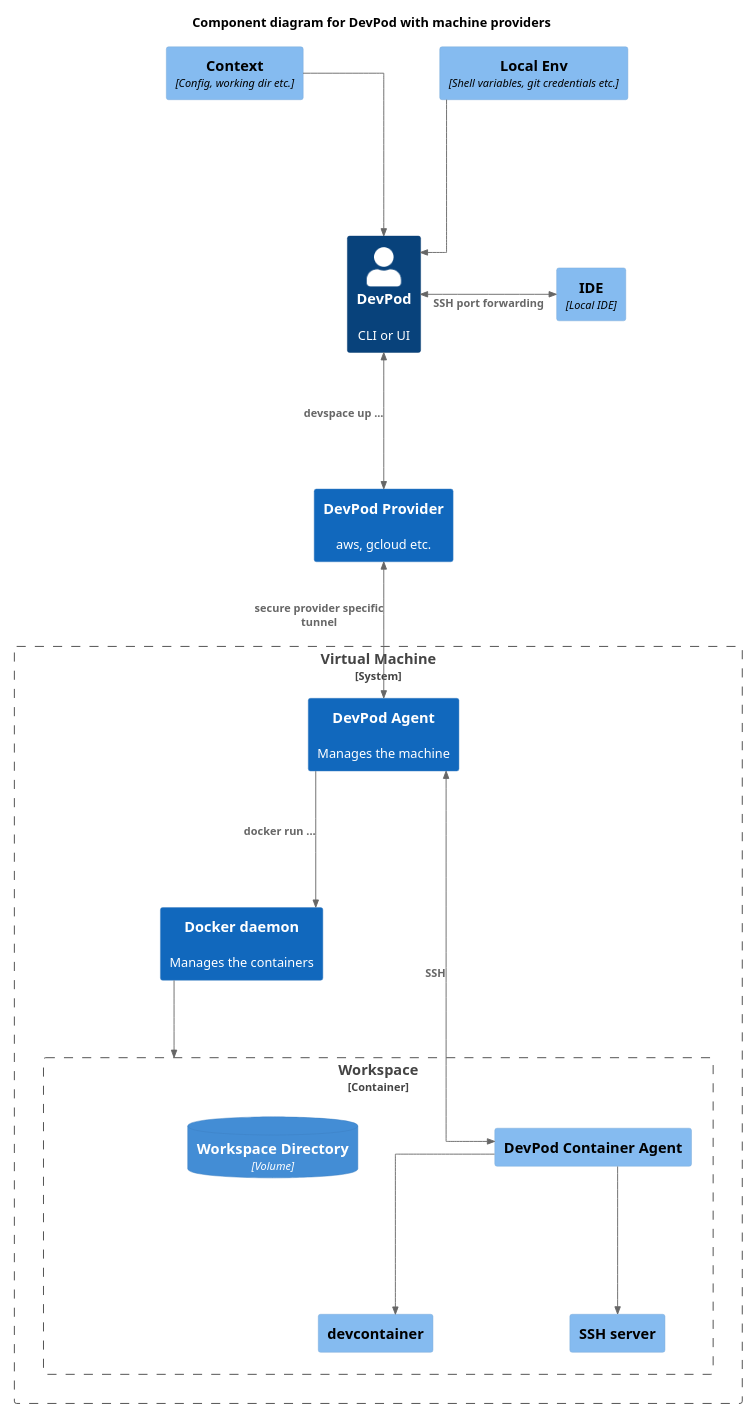
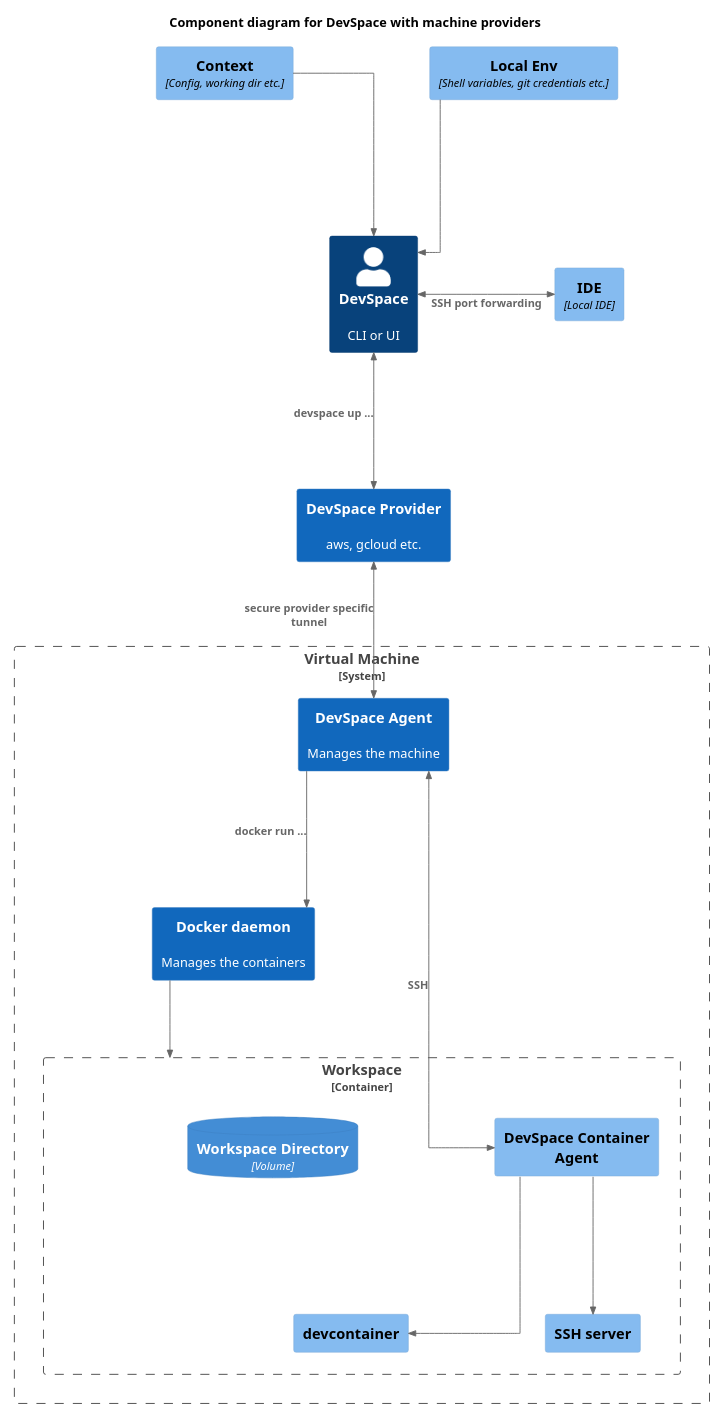
The diagram in docs/uml/c4_machines.puml (forkwork/devspace), drawn with PlantUML before and after one commit. The commit also changed 528 other files, not shown here.

```diff
--- a/docs/uml/c4_machines.puml
+++ b/docs/uml/c4_machines.puml
@@ -1,41 +1,41 @@
 @startuml
 !include https://raw.githubusercontent.com/plantuml-stdlib/C4-PlantUML/master/C4_Component.puml
 
 skinparam linetype ortho
 skinparam nodesep 150
 skinparam ranksep 150
 scale 1920x1080
 
 HIDE_STEREOTYPE()
 LAYOUT_TOP_DOWN()
 
-title Component diagram for DevPod with machine providers
+title Component diagram for DevSpace with machine providers
 
-Person(user, "DevPod", "CLI or UI")
-System(prov, "DevPod Provider", "aws, gcloud etc.")
+Person(user, "DevSpace", "CLI or UI")
+System(prov, "DevSpace Provider", "aws, gcloud etc.")
 Component(ide, "IDE", "Local IDE")
 Component(ctx, "Context", "Config, working dir etc.")
 Component(env, "Local Env", "Shell variables, git credentials etc.")
 
 System_Boundary(cluster, "Virtual Machine") {
-  System(controlPlane, "DevPod Agent", "Manages the machine")
+  System(controlPlane, "DevSpace Agent", "Manages the machine")
   System(dockerd, "Docker daemon", "Manages the containers")
   Container_Boundary(ws, "Workspace") {
     Component(runner, "devcontainer", "")
-    Component(agent, "DevPod Container Agent", "")
+    Component(agent, "DevSpace Container Agent", "")
     Component(ssh, "SSH server", "")
     ContainerDb(dir, "Workspace Directory", "Volume", "")
   }
 }
 
 BiRel(user, prov, " devspace up ...")
 BiRel(prov, controlPlane, "secure provider specific tunnel")
 Rel(controlPlane, dockerd, "docker run ...")
 Rel(dockerd, ws, "")
 Rel(agent, ssh, "")
 Rel(agent, runner, "")
 BiRel_Right(user, ide, "SSH port forwarding")
 Rel(ctx, user, "")
 Rel(env, user, "")
 BiRel(controlPlane, agent, "SSH  ")
 @enduml
```
